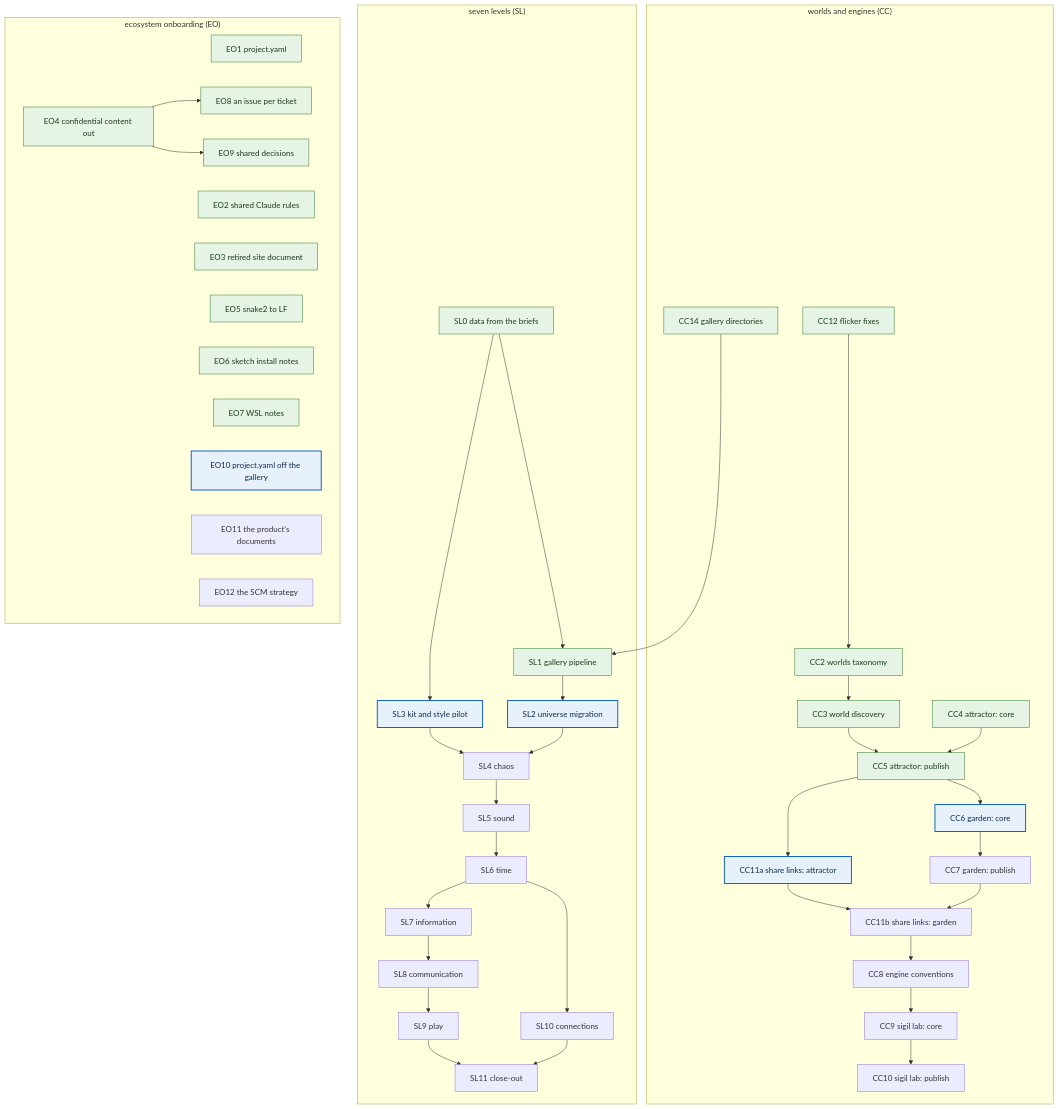
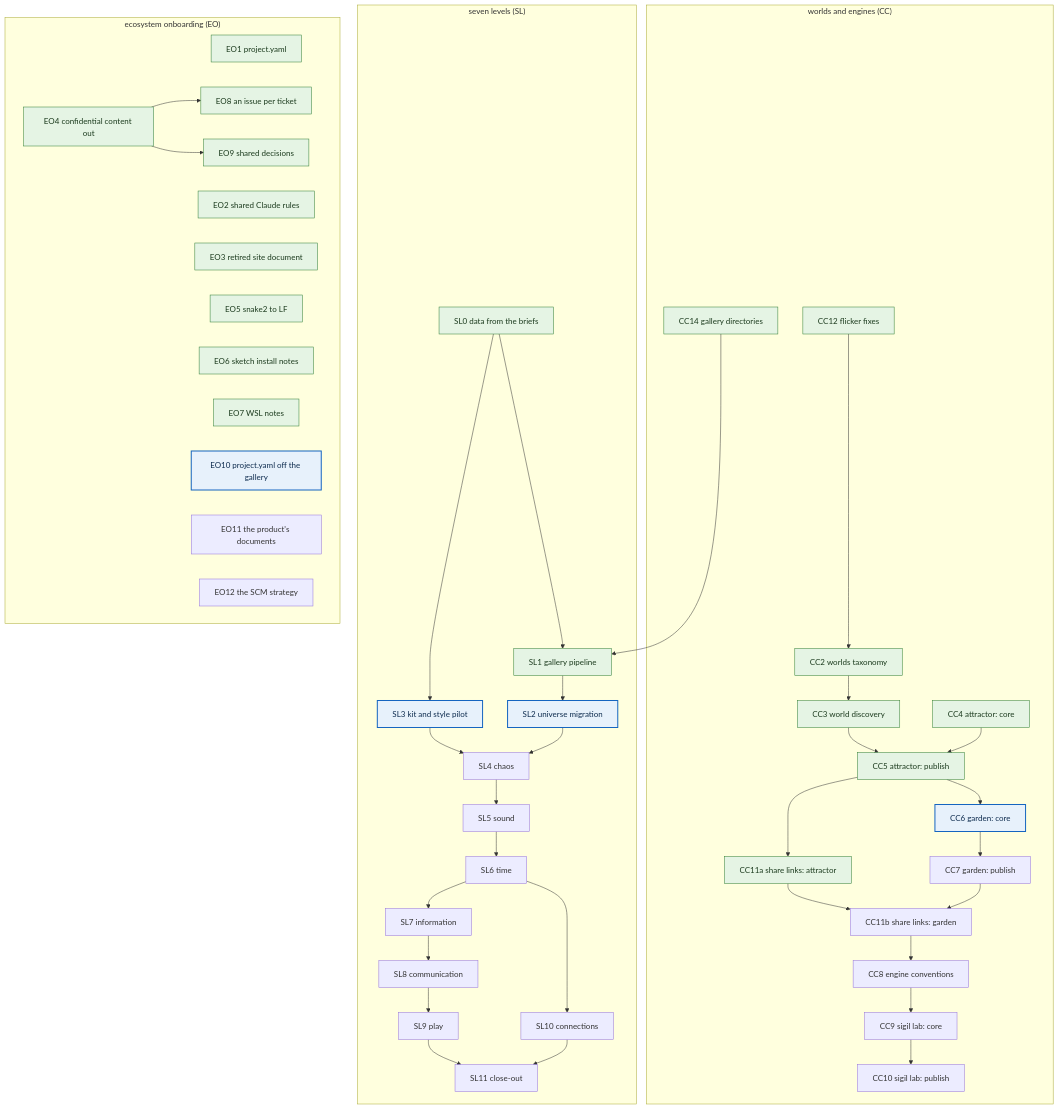
Before and after one commit to eigenomarksamy/creative_coding: the diagram in dev_plan.md, drawn with Mermaid. The commit also changed other lines of this file and 4 other files, not shown here.

````diff
--- a/dev_plan.md
+++ b/dev_plan.md
@@ -40,53 +40,53 @@
 ```mermaid
 flowchart TD
   %% when a ticket ships, add it to the done class, move the next class to its lane's next ticket, and update the lanes table above
   subgraph CCL["worlds and engines (CC)"]
     CC12["CC12 flicker fixes"] --> CC2["CC2 worlds taxonomy"]
     CC2 --> CC3["CC3 world discovery"]
     CC3 --> CC5["CC5 attractor: publish"]
     CC4["CC4 attractor: core"] --> CC5
     CC5 --> CC11a["CC11a share links: attractor"]
     CC5 --> CC6["CC6 garden: core"]
     CC6 --> CC7["CC7 garden: publish"]
     CC11a --> CC11b["CC11b share links: garden"]
     CC7 --> CC11b
     CC11b --> CC8["CC8 engine conventions"]
     CC8 --> CC9["CC9 sigil lab: core"]
     CC9 --> CC10["CC10 sigil lab: publish"]
     CC14["CC14 gallery directories"]
   end
   subgraph SLL["seven levels (SL)"]
     SL0["SL0 data from the briefs"] --> SL1["SL1 gallery pipeline"]
     SL0 --> SL3["SL3 kit and style pilot"]
     SL1 --> SL2["SL2 universe migration"]
     SL3 --> SL4["SL4 chaos"]
     SL2 --> SL4
     SL4 --> SL5["SL5 sound"]
     SL5 --> SL6["SL6 time"]
     SL6 --> SL7["SL7 information"]
     SL7 --> SL8["SL8 communication"]
     SL8 --> SL9["SL9 play"]
     SL6 --> SL10["SL10 connections"]
     SL9 --> SL11["SL11 close-out"]
     SL10 --> SL11
   end
   subgraph EOL["ecosystem onboarding (EO)"]
     EO1["EO1 project.yaml"]
     EO2["EO2 shared Claude rules"]
     EO3["EO3 retired site document"]
     EO4["EO4 confidential content out"] --> EO8["EO8 an issue per ticket"]
     EO4 --> EO9["EO9 shared decisions"]
     EO5["EO5 snake2 to LF"]
     EO6["EO6 sketch install notes"]
     EO7["EO7 WSL notes"]
     EO10["EO10 project.yaml off the gallery"]
     EO11["EO11 the product's documents"]
     EO12["EO12 the SCM strategy"]
   end
   CC14 --> SL1
 
   classDef done fill:#e5f4e4,stroke:#2e7d32,color:#1b3a1d
   classDef next fill:#e7f1fb,stroke:#1565c0,stroke-width:2px,color:#0d2b4e
-  class CC12,CC2,CC3,CC4,CC14,CC5,SL0,SL1,EO1,EO4,EO2,EO3,EO9,EO8,EO5,EO6,EO7 done
-  class CC11a,CC6,SL2,SL3,EO10 next
+  class CC12,CC2,CC3,CC4,CC14,CC5,CC11a,SL0,SL1,EO1,EO4,EO2,EO3,EO9,EO8,EO5,EO6,EO7 done
+  class CC6,SL2,SL3,EO10 next
 ```
````
